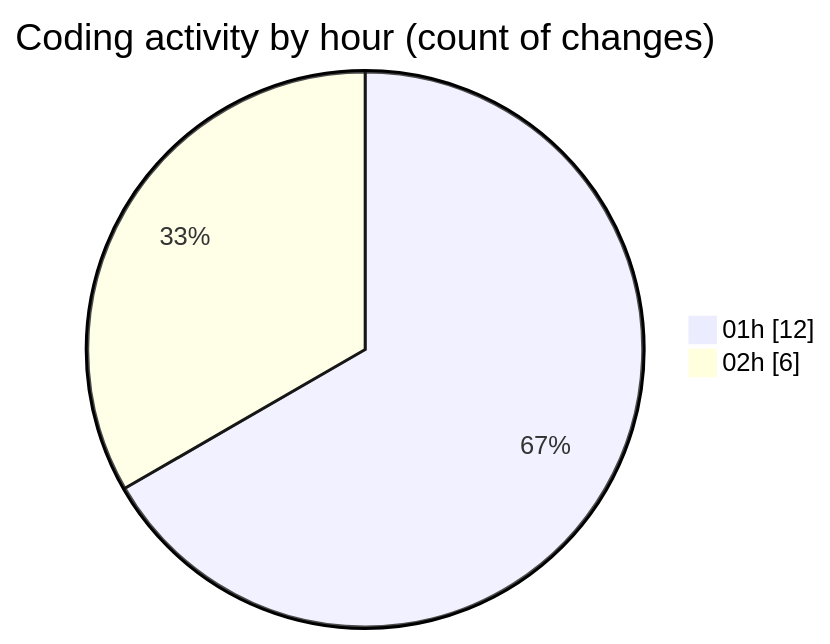
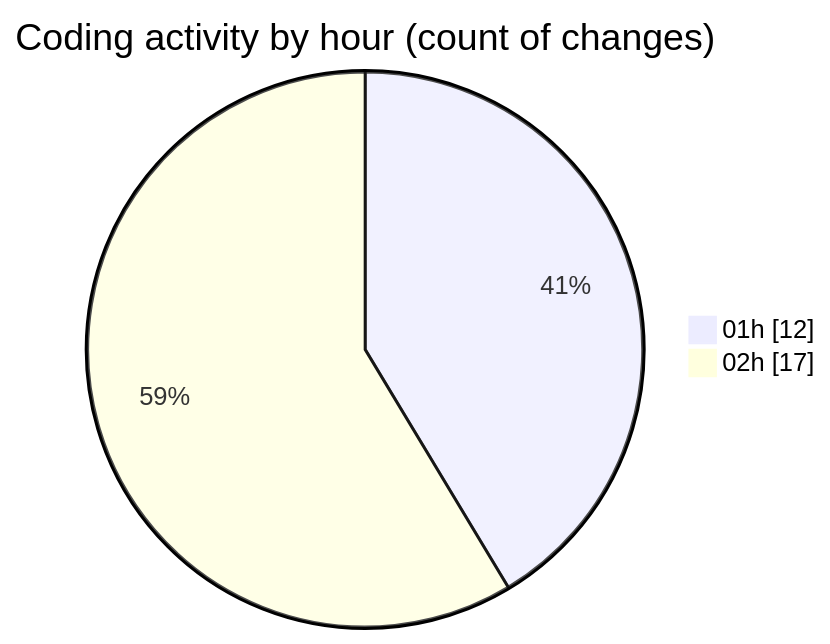
The second of 2 diagrams in 2025-10-24/eventscop-frontend-guide__workspace_/README.md (julien-gomy/code-tracking), drawn with Mermaid before and after one commit. The commit also changed other lines of this file and 1 other file, not shown here.

````diff
--- a/2025-10-24/eventscop-frontend-guide__workspace_/README.md
+++ b/2025-10-24/eventscop-frontend-guide__workspace_/README.md
@@ -36,6 +42,6 @@
 ```mermaid
 pie showData
 title Coding activity by hour (count of changes)
 "01h" : 12
-"02h" : 6
+"02h" : 17
 ```
````
